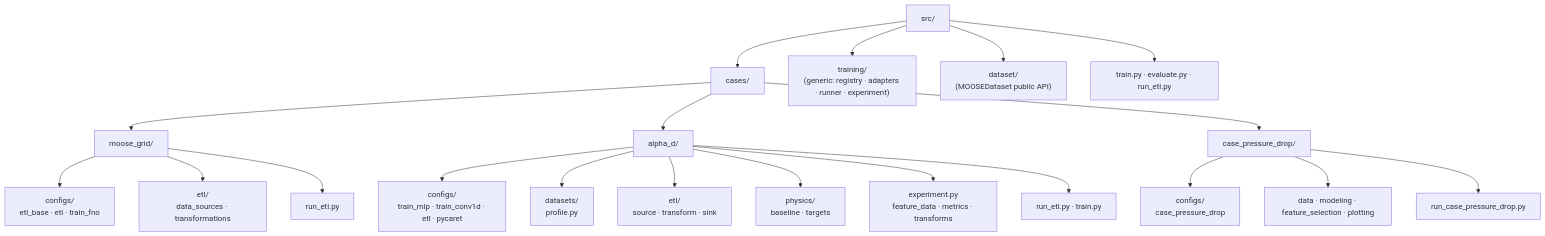
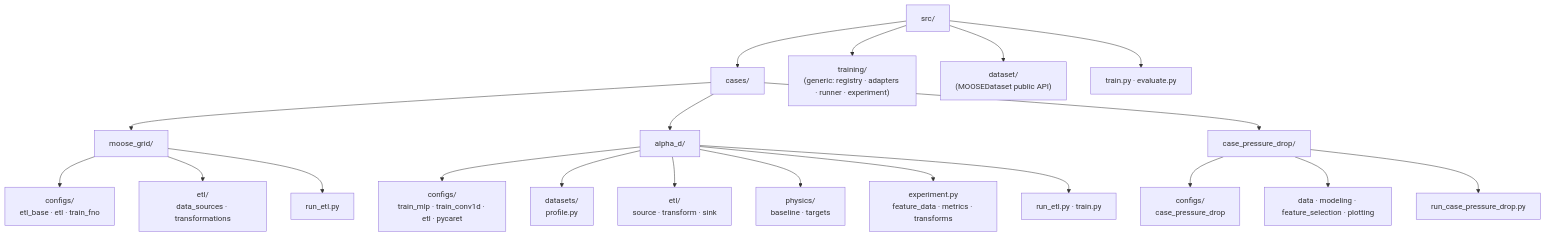
The fourth of 5 diagrams in docs/architecture.md (MengnanLi91/TH_HOLO_workflow), drawn with Mermaid before and after one commit. The commit also changed 18 other files, not shown here.

````diff
--- a/docs/architecture.md
+++ b/docs/architecture.md
@@ -125,26 +125,26 @@
 ```{mermaid}
 flowchart TB
     SRC["src/"] --> CASES["cases/"]
     SRC --> TRAIN["training/<br/>(generic: registry · adapters · runner · experiment)"]
     SRC --> DS["dataset/<br/>(MOOSEDataset public API)"]
-    SRC --> ENT["train.py · evaluate.py · run_etl.py"]
+    SRC --> ENT["train.py · evaluate.py"]
 
     CASES --> MG["moose_grid/"]
     CASES --> AD["alpha_d/"]
     CASES --> CP["case_pressure_drop/"]
 
     MG --> MGc["configs/<br/>etl_base · etl · train_fno"]
     MG --> MGe["etl/<br/>data_sources · transformations"]
     MG --> MGr["run_etl.py"]
 
     AD --> ADc["configs/<br/>train_mlp · train_conv1d · etl · pycaret"]
     AD --> ADds["datasets/<br/>profile.py"]
     AD --> ADe["etl/<br/>source · transform · sink"]
     AD --> ADp["physics/<br/>baseline · targets"]
     AD --> ADx["experiment.py<br/>feature_data · metrics · transforms"]
     AD --> ADr["run_etl.py · train.py"]
 
     CP --> CPc["configs/<br/>case_pressure_drop"]
     CP --> CPm["data · modeling · feature_selection · plotting"]
     CP --> CPr["run_case_pressure_drop.py"]
 ```
````
